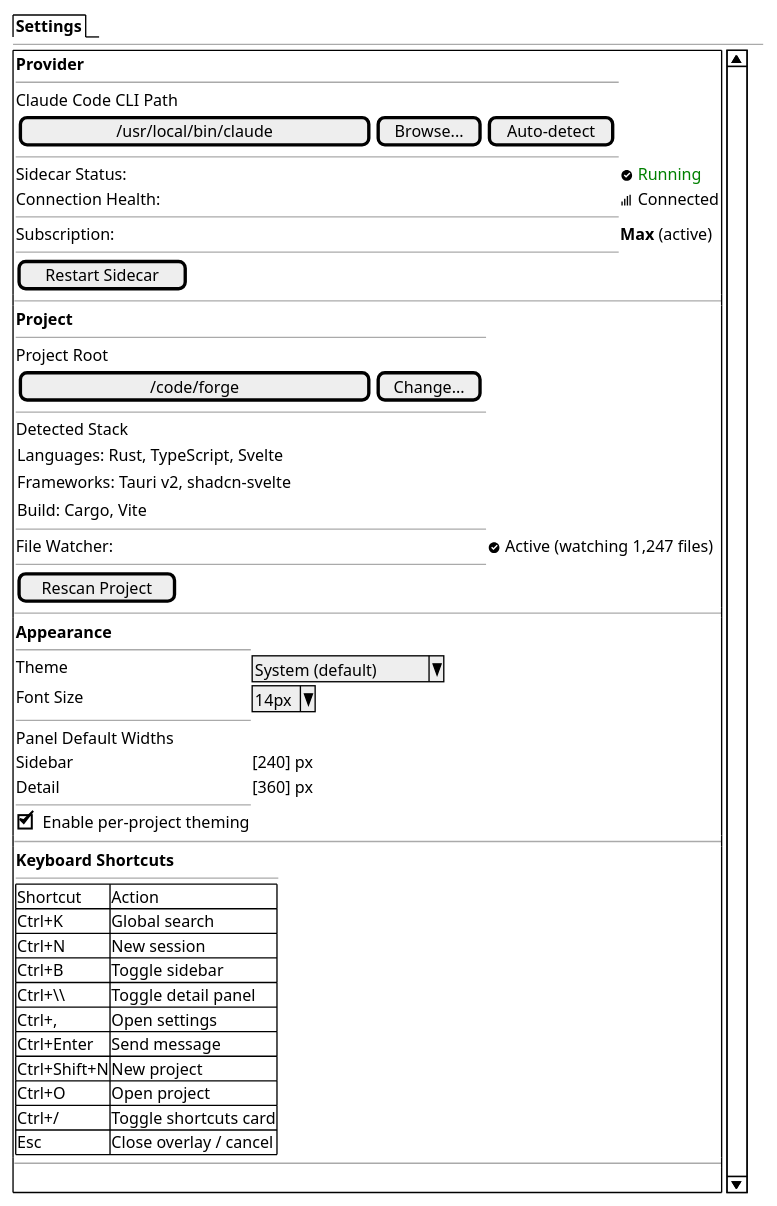
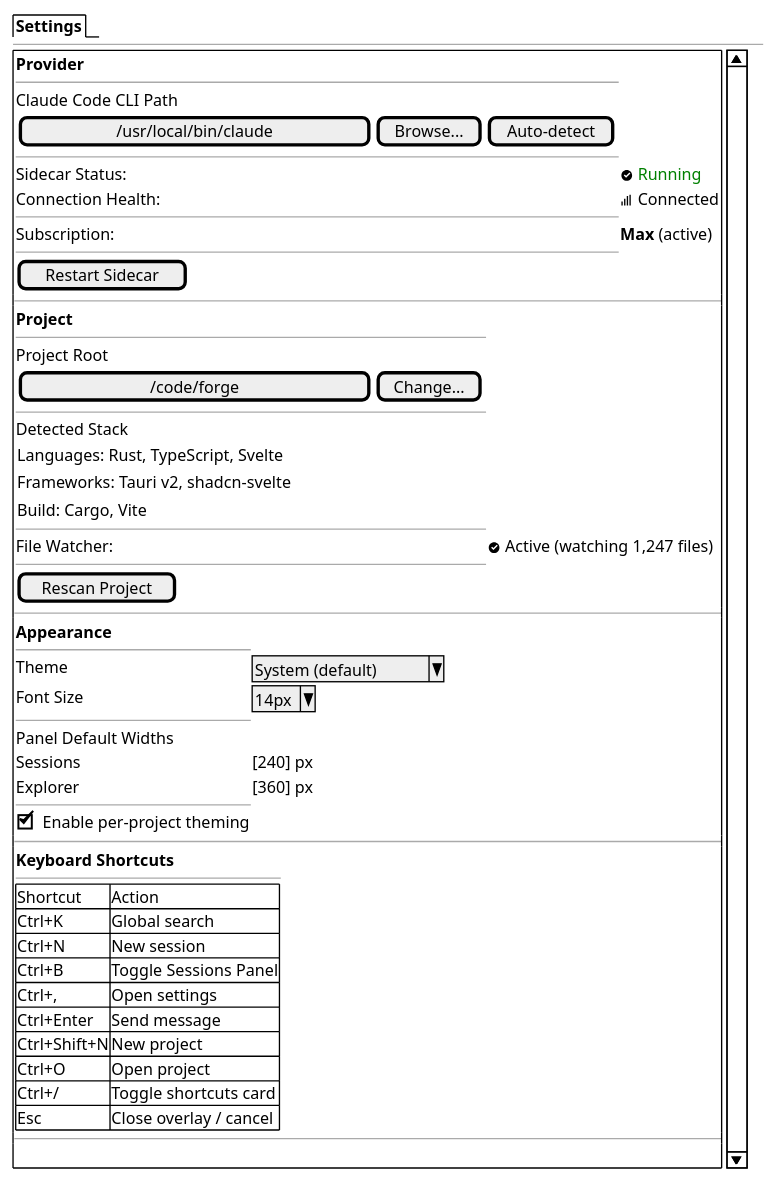
One commit to orqastudio/app changed the first of 14 diagrams in docs/ui/wireframes/settings-onboarding.md. Above: the diagram before and after it, drawn with PlantUML. The commit also changed other lines of this file and 19 other files, not shown here.

````diff
--- a/docs/ui/wireframes/settings-onboarding.md
+++ b/docs/ui/wireframes/settings-onboarding.md
@@ -11,72 +11,71 @@
 ```plantuml
 @startsalt
 {
   {/ <b>Settings</b> }
   ---
   {SI
     {
       <b>Provider</b>
       ---
       Claude Code CLI Path
       { [/usr/local/bin/claude           ] | [Browse...] | [Auto-detect] }
       ---
       Sidecar Status: | <&circle-check> <color:green>Running</color>
       Connection Health: | <&signal> Connected
       ---
       Subscription: | <b>Max</b> (active)
       ---
       [Restart Sidecar]
     }
     ---
     {
       <b>Project</b>
       ---
       Project Root
       { [~/code/forge                    ] | [Change...] }
       ---
       Detected Stack
       { Languages: Rust, TypeScript, Svelte }
       { Frameworks: Tauri v2, shadcn-svelte }
       { Build: Cargo, Vite }
       ---
       File Watcher: | <&circle-check> Active (watching 1,247 files)
       ---
       [Rescan Project]
     }
     ---
     {
       <b>Appearance</b>
       ---
       Theme | ^System (default)^
       Font Size | ^14px^
       ---
       Panel Default Widths
-      Sidebar | [240] px
-      Detail | [360] px
+      Sessions | [240] px
+      Explorer | [360] px
       ---
       [X] Enable per-project theming
     }
     ---
     {
       <b>Keyboard Shortcuts</b>
       ---
       {#
         Shortcut | Action
         Ctrl+K | Global search
         Ctrl+N | New session
-        Ctrl+B | Toggle sidebar
-        Ctrl+\\ | Toggle detail panel
+        Ctrl+B | Toggle Sessions Panel
         Ctrl+, | Open settings
         Ctrl+Enter | Send message
         Ctrl+Shift+N | New project
         Ctrl+O | Open project
         Ctrl+/ | Toggle shortcuts card
         Esc | Close overlay / cancel
       }
     }
     ---
     .
   }
 }
 @endsalt
 ```
````
